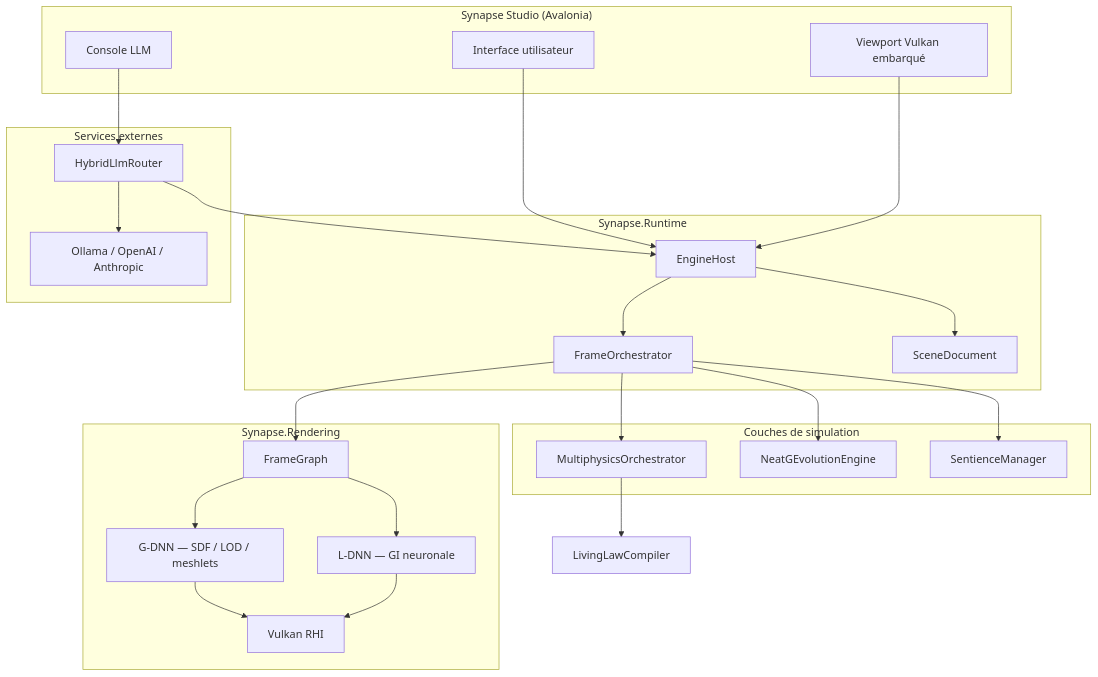
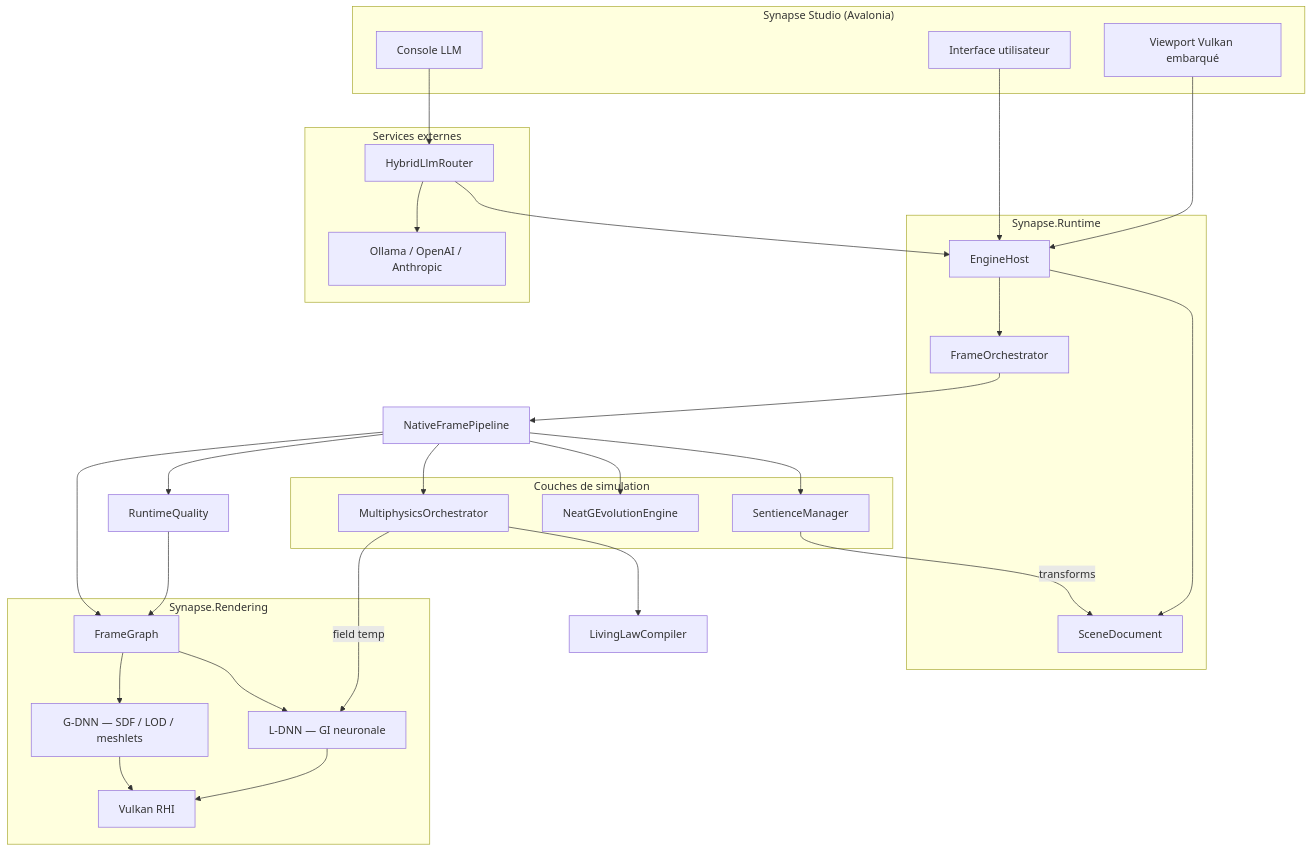
One commit to QuantumHacker10/Synapse changed the first of 7 diagrams in docs/ARCHITECTURE.md. Above: the diagram before and after it, drawn with Mermaid. The commit also changed other lines of this file and 21 other files, not shown here.

First line of the commit message:
feat(runtime): native multi-module frame/render pipeline

````diff
--- a/docs/ARCHITECTURE.md
+++ b/docs/ARCHITECTURE.md
@@ -7,51 +7,56 @@
 ```mermaid
 flowchart TB
     subgraph Studio["Synapse Studio (Avalonia)"]
         UI[Interface utilisateur]
         VP[Viewport Vulkan embarqué]
         LLMConsole[Console LLM]
     end
 
     subgraph Runtime["Synapse.Runtime"]
         EH[EngineHost]
         FO[FrameOrchestrator]
         SD[SceneDocument]
     end
 
     subgraph Simulation["Couches de simulation"]
         PHY[MultiphysicsOrchestrator]
         AI[NeatGEvolutionEngine]
         SIM[SentienceManager]
     end
 
     subgraph Rendering["Synapse.Rendering"]
         FG[FrameGraph]
         GDNN[G-DNN — SDF / LOD / meshlets]
         LDNN[L-DNN — GI neuronale]
         VK[Vulkan RHI]
     end
 
     subgraph External["Services externes"]
         LLM[HybridLlmRouter]
         OLL[Ollama / OpenAI / Anthropic]
     end
 
     UI --> EH
     VP --> EH
     LLMConsole --> LLM
     LLM --> OLL
     LLM --> EH
 
     EH --> FO
-    FO --> PHY
-    FO --> AI
-    FO --> SIM
-    FO --> FG
+    FO --> NFP[NativeFramePipeline]
+    NFP --> PHY
+    NFP --> AI
+    NFP --> SIM
+    NFP --> FG
+    NFP --> QUAL[RuntimeQuality]
     FG --> GDNN
     FG --> LDNN
+    QUAL --> FG
+    PHY -->|field temp| LDNN
+    SIM -->|transforms| SD
 
     PHY --> LL[LivingLawCompiler]
     GDNN --> VK
     LDNN --> VK
     EH --> SD
 ```
````
